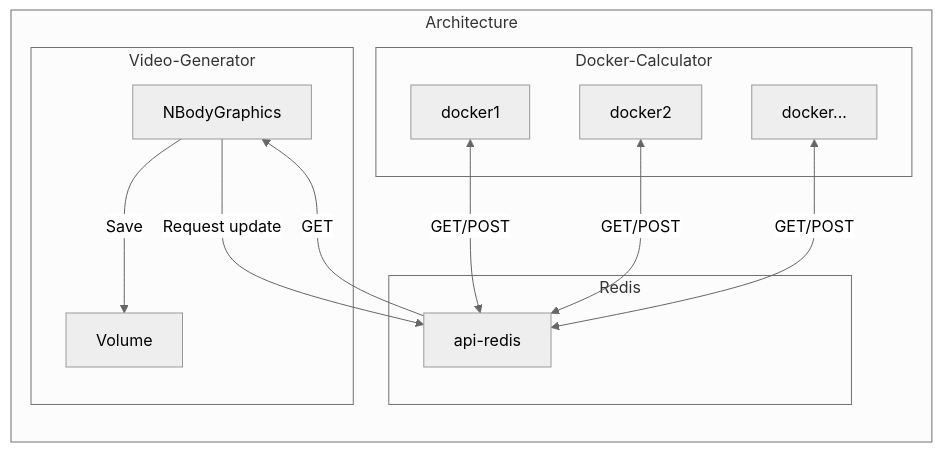
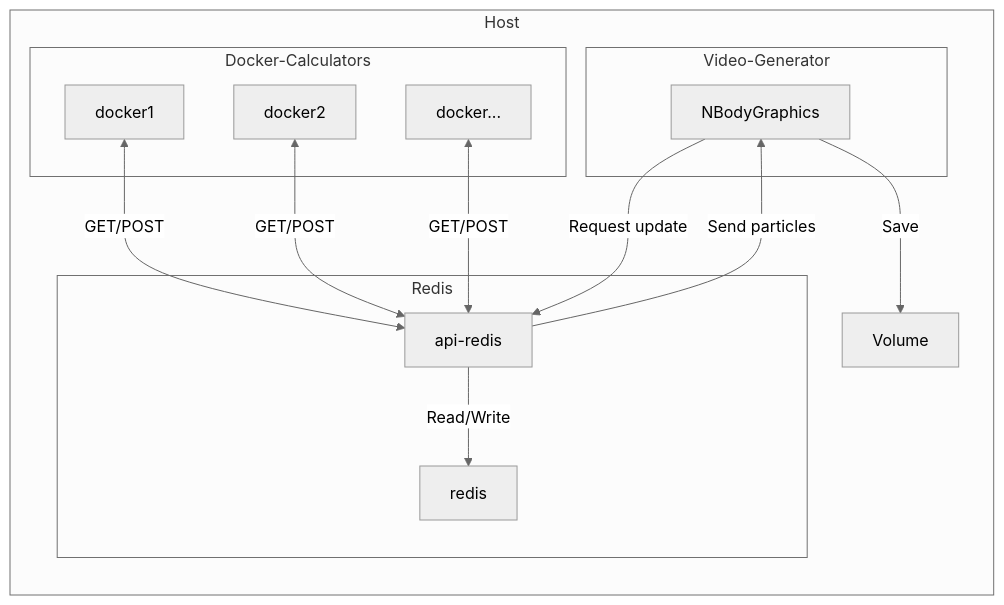
One commit to Im-Rises/nbody-simulator-docker changed the first of 2 diagrams in README.md. Above: the diagram before and after it, drawn with Mermaid (neutral theme). The commit also changed other lines of this file, not shown here.

````diff
--- a/README.md
+++ b/README.md
@@ -40,17 +40,25 @@
 ```mermaid
 flowchart LR
-    subgraph Architecture
-    subgraph Docker-Calculator
+    
+    subgraph Host
+    
+    subgraph Docker-Calculators
     docker1 & docker2 & docker...
     end
     docker1 & docker2 & docker... <--> |GET/POST| api-redis
     subgraph Redis
-    api-redis
+    api-redis --> | Read/Write | redis
     end
-    api-redis --> |GET| NBodyGraphics
+    api-redis --> |Send particles| NBodyGraphics
     NBodyGraphics --> |Request update| api-redis
     subgraph Video-Generator
+    end
+    
+    subgraph Video-Generator
+    NBodyGraphics
+    end
+    
     NBodyGraphics --> |Save| Volume
-    end
+   
 end
 ```
````
